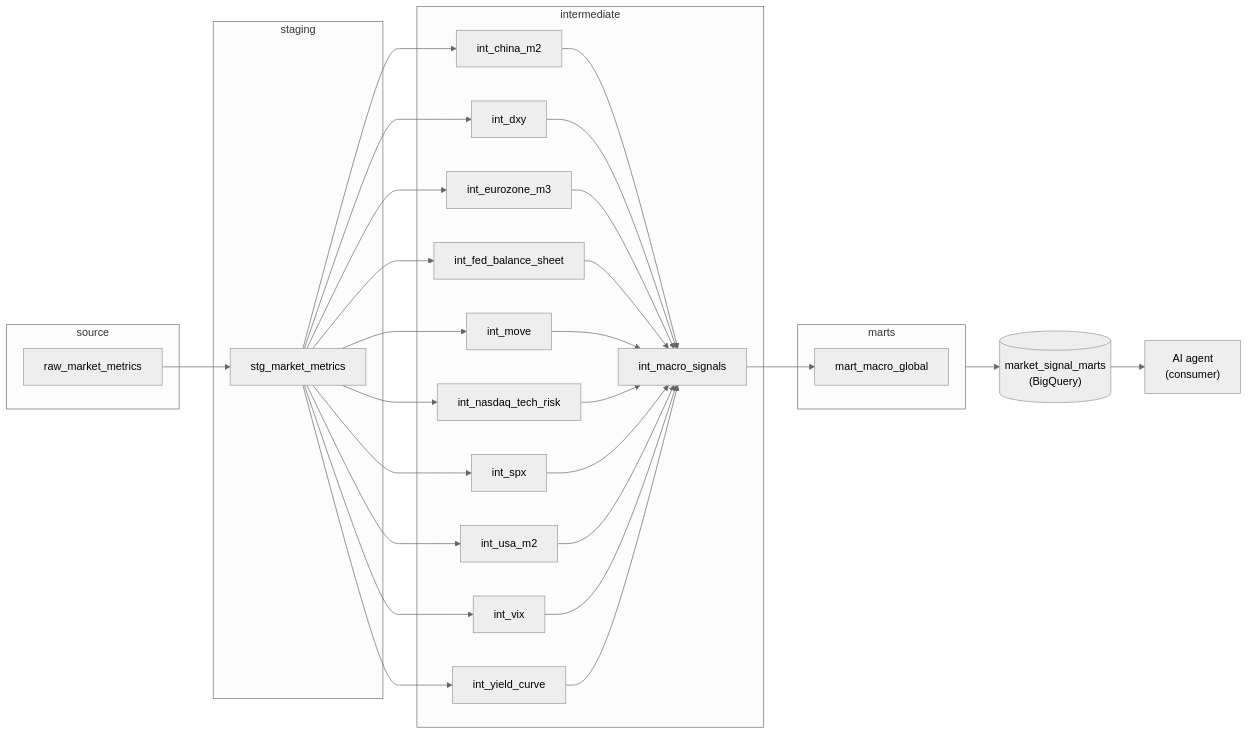
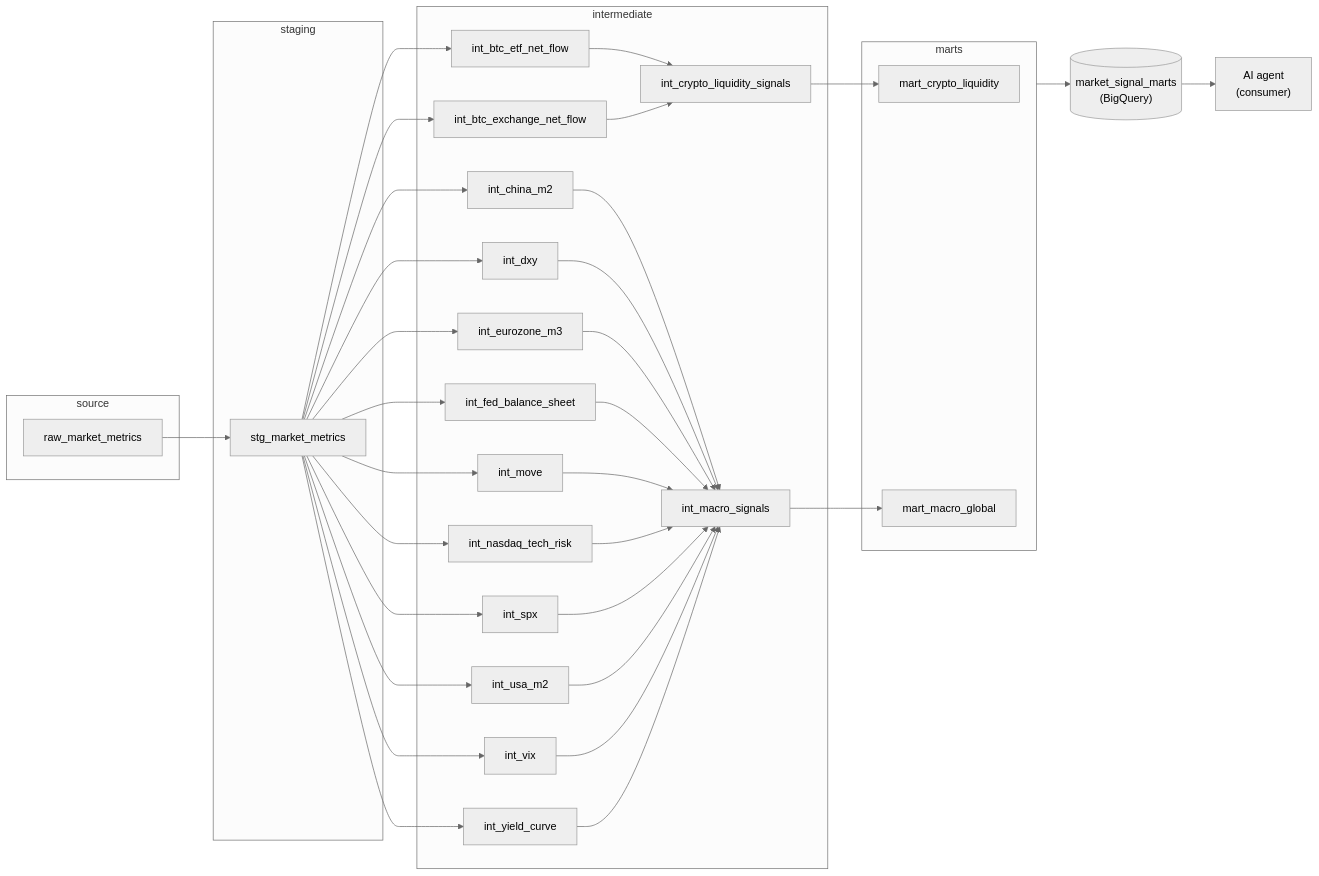
The diagram in README.md (ggsergi/market-signal-stack), drawn with Mermaid (neutral theme) before and after one commit. The commit also changed other lines of this file, not shown here.

Commit message:
docs: add crypto liquidity layer to README

````diff
--- a/README.md
+++ b/README.md
@@ -19,49 +19,58 @@
 ```mermaid
 flowchart LR
     subgraph source["source"]
         raw_market_metrics["raw_market_metrics"]
     end
     subgraph staging["staging"]
         stg_market_metrics["stg_market_metrics"]
     end
     subgraph intermediate["intermediate"]
+        int_btc_etf_net_flow["int_btc_etf_net_flow"]
+        int_btc_exchange_net_flow["int_btc_exchange_net_flow"]
         int_china_m2["int_china_m2"]
+        int_crypto_liquidity_signals["int_crypto_liquidity_signals"]
         int_dxy["int_dxy"]
         int_eurozone_m3["int_eurozone_m3"]
         int_fed_balance_sheet["int_fed_balance_sheet"]
         int_macro_signals["int_macro_signals"]
         int_move["int_move"]
         int_nasdaq_tech_risk["int_nasdaq_tech_risk"]
         int_spx["int_spx"]
         int_usa_m2["int_usa_m2"]
         int_vix["int_vix"]
         int_yield_curve["int_yield_curve"]
     end
     subgraph marts["marts"]
+        mart_crypto_liquidity["mart_crypto_liquidity"]
         mart_macro_global["mart_macro_global"]
     end
+    int_btc_etf_net_flow --> int_crypto_liquidity_signals
+    int_btc_exchange_net_flow --> int_crypto_liquidity_signals
     int_china_m2 --> int_macro_signals
+    int_crypto_liquidity_signals --> mart_crypto_liquidity
     int_dxy --> int_macro_signals
     int_eurozone_m3 --> int_macro_signals
     int_fed_balance_sheet --> int_macro_signals
     int_macro_signals --> mart_macro_global
     int_move --> int_macro_signals
     int_nasdaq_tech_risk --> int_macro_signals
     int_spx --> int_macro_signals
     int_usa_m2 --> int_macro_signals
     int_vix --> int_macro_signals
     int_yield_curve --> int_macro_signals
     raw_market_metrics --> stg_market_metrics
+    stg_market_metrics --> int_btc_etf_net_flow
+    stg_market_metrics --> int_btc_exchange_net_flow
     stg_market_metrics --> int_china_m2
     stg_market_metrics --> int_dxy
     stg_market_metrics --> int_eurozone_m3
     stg_market_metrics --> int_fed_balance_sheet
     stg_market_metrics --> int_move
     stg_market_metrics --> int_nasdaq_tech_risk
     stg_market_metrics --> int_spx
     stg_market_metrics --> int_usa_m2
     stg_market_metrics --> int_vix
     stg_market_metrics --> int_yield_curve
     marts --> market_signal_marts[("market_signal_marts<br/>(BigQuery)")]
     market_signal_marts --> agent["AI agent<br/>(consumer)"]
 ```
````
